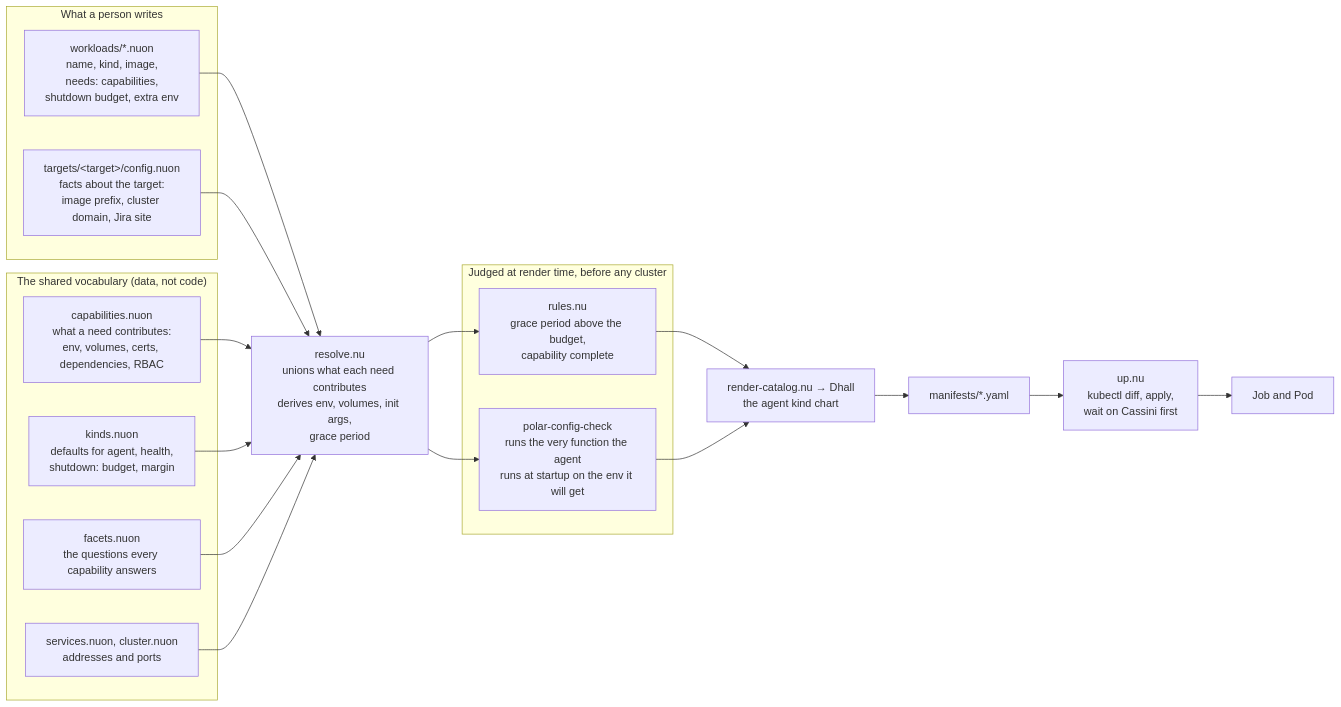
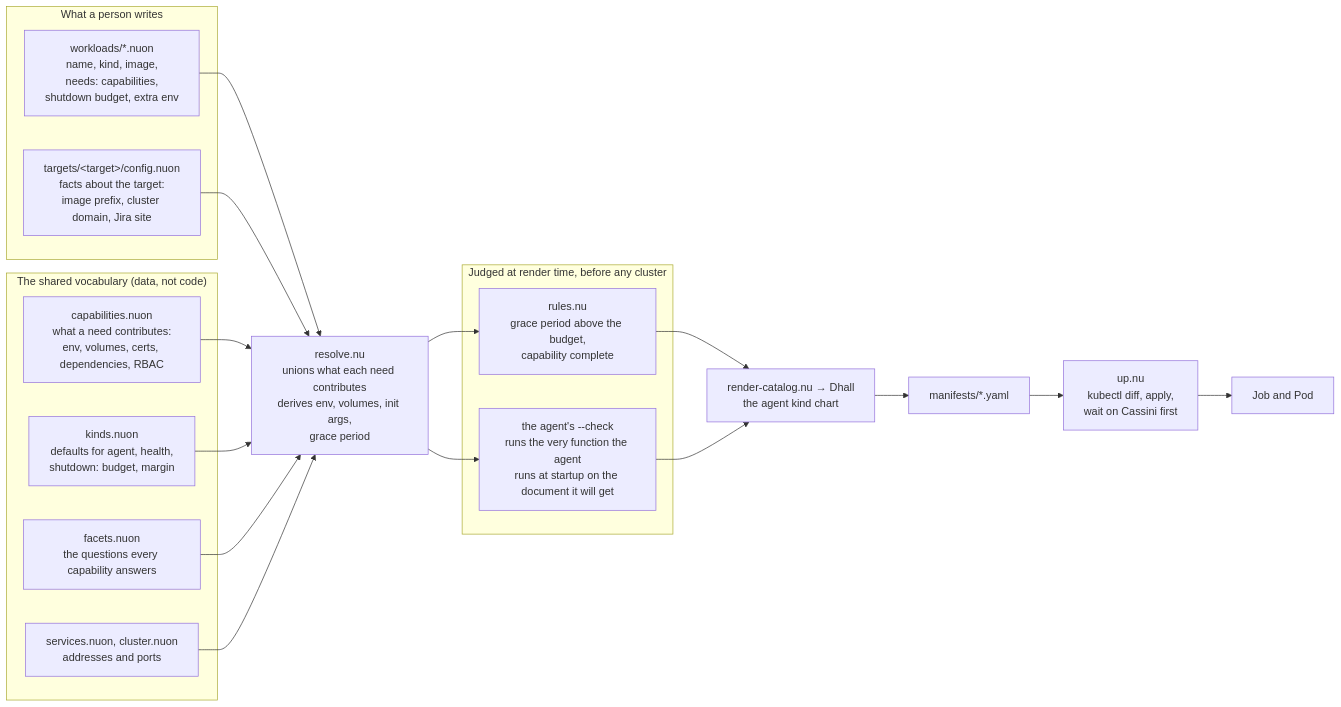
The diagram in docs/architecture/sequences/general/configuration_authoring.mmd (cmu-sei/Polar), drawn with Mermaid before and after one commit. The commit also changed 14 other files, not shown here.

First line of the commit message:
chore: retire polar-config-check; the agent itself judges the document the resolver renders

```diff
--- a/docs/architecture/sequences/general/configuration_authoring.mmd
+++ b/docs/architecture/sequences/general/configuration_authoring.mmd
@@ -1,32 +1,32 @@
 flowchart LR
     subgraph Author["What a person writes"]
         W["workloads/*.nuon<br/>name, kind, image,<br/>needs: capabilities,<br/>shutdown budget, extra env"]
         T["targets/&lt;target&gt;/config.nuon<br/>facts about the target:<br/>image prefix, cluster domain, Jira site"]
     end
     subgraph Vocab["The shared vocabulary (data, not code)"]
         C["capabilities.nuon<br/>what a need contributes:<br/>env, volumes, certs, dependencies, RBAC"]
         K["kinds.nuon<br/>defaults for agent, health,<br/>shutdown: budget, margin"]
         F["facets.nuon<br/>the questions every capability answers"]
         S["services.nuon, cluster.nuon<br/>addresses and ports"]
     end
     R["resolve.nu<br/>unions what each need contributes<br/>derives env, volumes, init args,<br/>grace period"]
     subgraph Judge["Judged at render time, before any cluster"]
         RU["rules.nu<br/>grace period above the budget,<br/>capability complete"]
-        CC["polar-config-check<br/>runs the very function the agent<br/>runs at startup on the env it will get"]
+        CC["the agent's --check<br/>runs the very function the agent<br/>runs at startup on the document it will get"]
     end
     D["render-catalog.nu → Dhall<br/>the agent kind chart"]
     M["manifests/*.yaml"]
     U["up.nu<br/>kubectl diff, apply,<br/>wait on Cassini first"]
     P["Job and Pod"]
 
     W --> R
     T --> R
     C --> R
     K --> R
     F --> R
     S --> R
     R --> RU
     R --> CC
     RU --> D
     CC --> D
     D --> M --> U --> P
```
